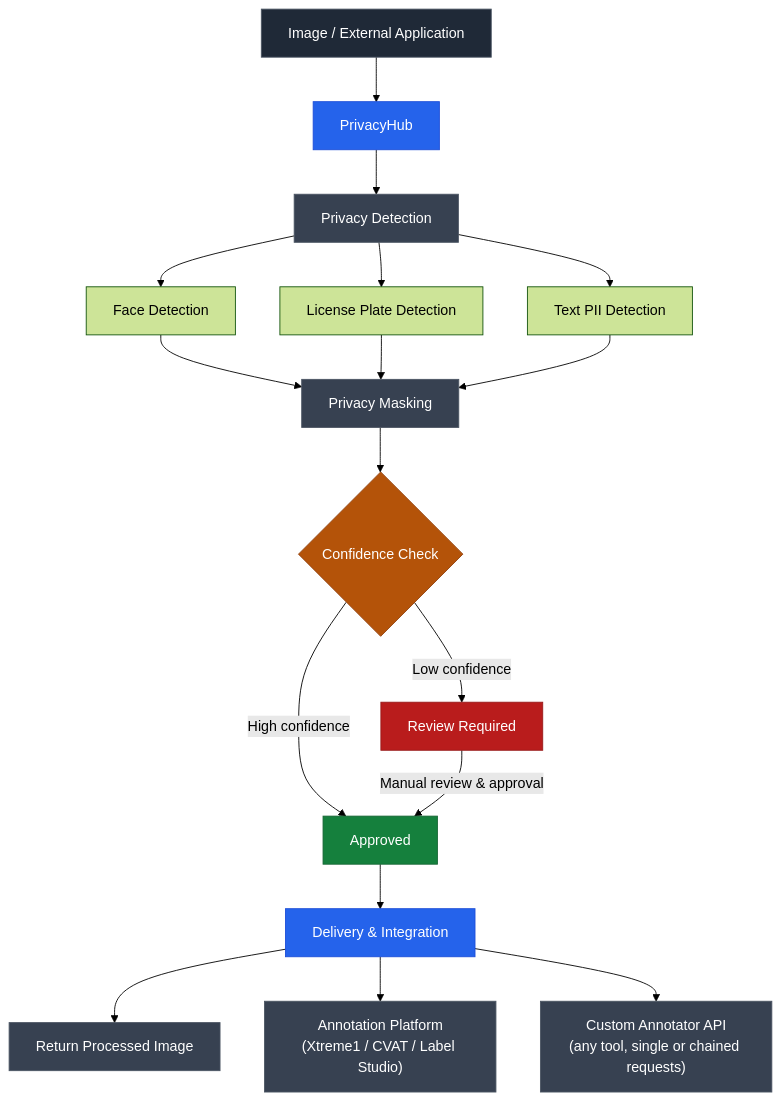
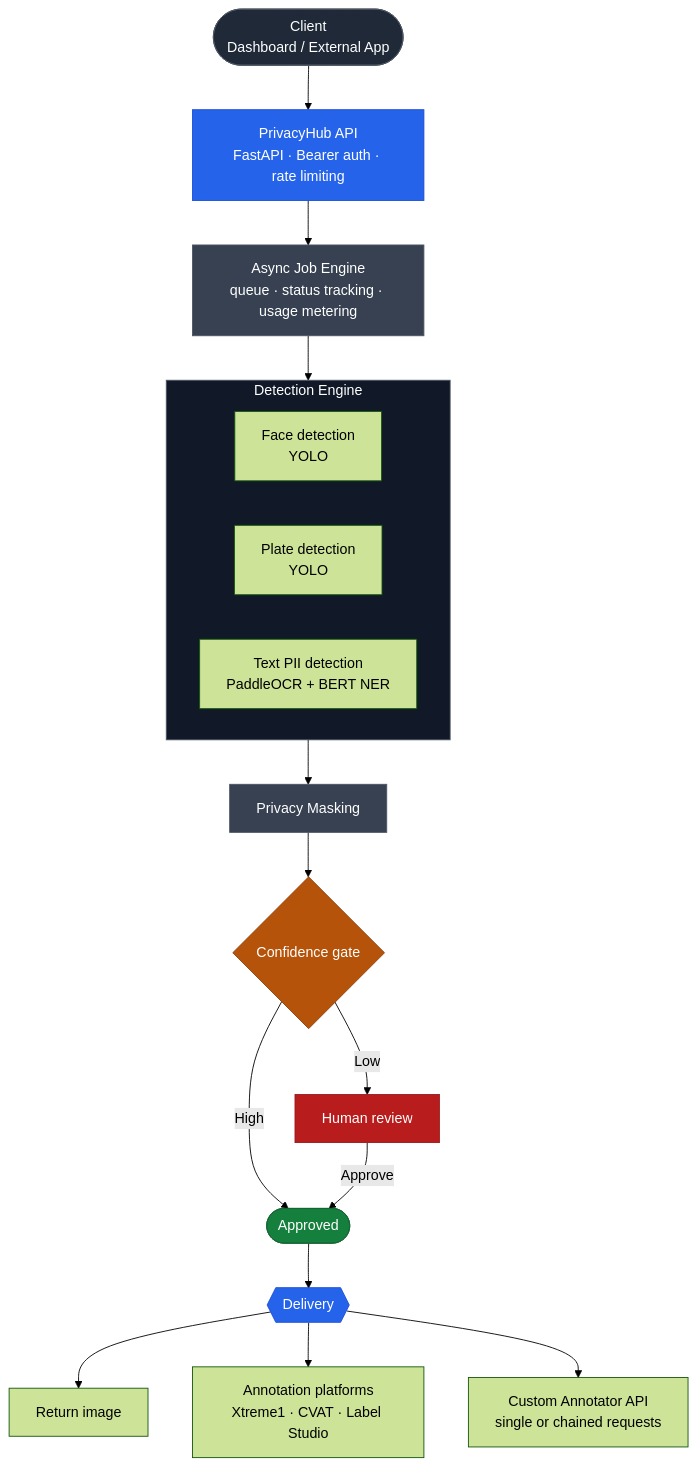
The first of 2 diagrams in README.md (snehaja05d/privacy-preserving-annotation), drawn with Mermaid (forest theme) before and after one commit. The commit also changed other lines of this file, not shown here.

````diff
--- a/README.md
+++ b/README.md
@@ -31,31 +61,31 @@
 ```mermaid
-flowchart TD
-    A["Image / External Application"] --> B["PrivacyHub"]
-    B --> C["Privacy Detection"]
-    C --> D["Face Detection"]
-    C --> E["License Plate Detection"]
-    C --> F["Text PII Detection"]
-    D --> G["Privacy Masking"]
-    E --> G
-    F --> G
-    G --> H{"Confidence Check"}
-    H -->|High confidence| I["Approved"]
-    H -->|Low confidence| J["Review Required"]
-    J -->|Manual review & approval| I
-    I --> K["Delivery & Integration"]
-    K --> L["Return Processed Image"]
-    K --> M["Annotation Platform<br/>(Xtreme1 / CVAT / Label Studio)"]
-    K --> N["Custom Annotator API<br/>(any tool, single or chained requests)"]
+flowchart TB
+    Client(["Client<br/>Dashboard / External App"]) --> API["PrivacyHub API<br/>FastAPI · Bearer auth · rate limiting"]
+    API --> Jobs["Async Job Engine<br/>queue · status tracking · usage metering"]
+    Jobs --> Engine
+    subgraph Engine["Detection Engine"]
+        direction LR
+        Face["Face detection<br/>YOLO"]
+        Plate["Plate detection<br/>YOLO"]
+        Text["Text PII detection<br/>PaddleOCR + BERT NER"]
+    end
+    Engine --> Mask["Privacy Masking"]
+    Mask --> Gate{"Confidence gate"}
+    Gate -->|"High"| Approved(["Approved"])
+    Gate -->|"Low"| Review["Human review"]
+    Review -->|"Approve"| Approved
+    Approved --> Delivery{{"Delivery"}}
+    Delivery --> D1["Return image"]
+    Delivery --> D2["Annotation platforms<br/>Xtreme1 · CVAT · Label Studio"]
+    Delivery --> D3["Custom Annotator API<br/>single or chained requests"]
 
-    style A fill:#1f2937,stroke:#4b5563,color:#fff
-    style B fill:#2563eb,stroke:#1d4ed8,color:#fff
-    style C fill:#374151,stroke:#4b5563,color:#fff
-    style G fill:#374151,stroke:#4b5563,color:#fff
-    style H fill:#b45309,stroke:#92400e,color:#fff
-    style I fill:#15803d,stroke:#166534,color:#fff
-    style J fill:#b91c1c,stroke:#991b1b,color:#fff
-    style K fill:#2563eb,stroke:#1d4ed8,color:#fff
-    style L fill:#374151,stroke:#4b5563,color:#fff
-    style M fill:#374151,stroke:#4b5563,color:#fff
-    style N fill:#374151,stroke:#4b5563,color:#fff
+    style Client fill:#1f2937,stroke:#4b5563,color:#fff
+    style API fill:#2563eb,stroke:#1d4ed8,color:#fff
+    style Jobs fill:#374151,stroke:#4b5563,color:#fff
+    style Engine fill:#111827,stroke:#4b5563,color:#fff
+    style Mask fill:#374151,stroke:#4b5563,color:#fff
+    style Gate fill:#b45309,stroke:#92400e,color:#fff
+    style Approved fill:#15803d,stroke:#166534,color:#fff
+    style Review fill:#b91c1c,stroke:#991b1b,color:#fff
+    style Delivery fill:#2563eb,stroke:#1d4ed8,color:#fff
 ```
````
